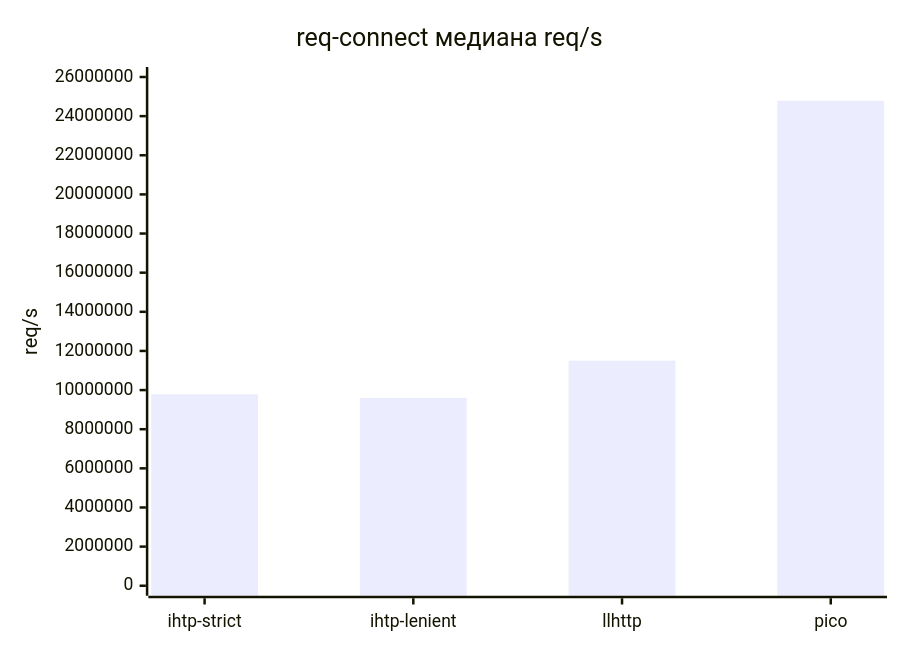
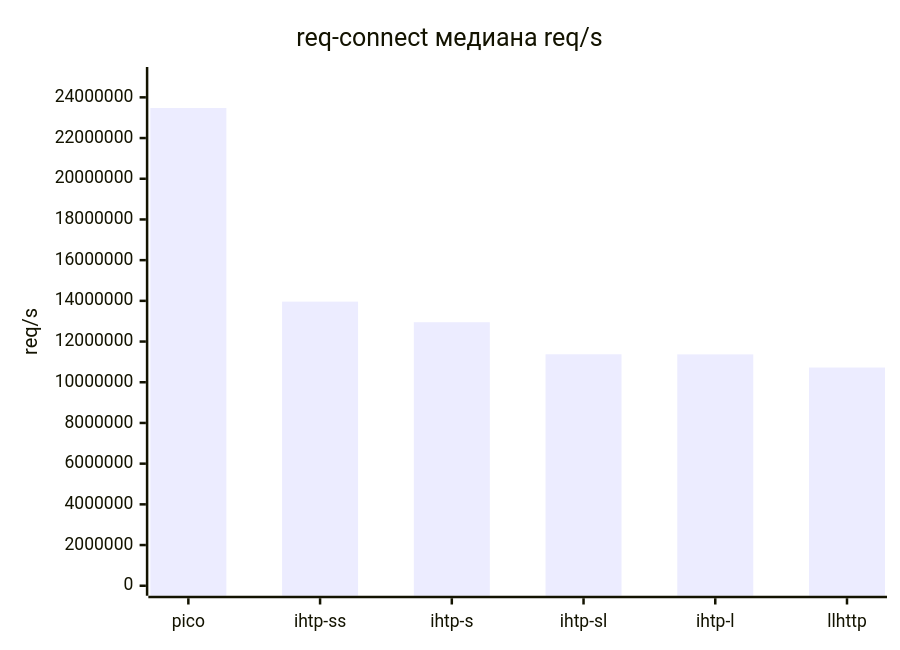
Before and after one commit to ioplane/iohttpparser: the sixth of 6 diagrams in docs/ru/09-test-results.md, drawn with Mermaid. The commit also changed other lines of this file and 24 other files, not shown here.

````diff
--- a/docs/ru/09-test-results.md
+++ b/docs/ru/09-test-results.md
@@ -216,7 +216,7 @@
 ```mermaid
 xychart-beta
     title "req-connect медиана req/s"
-    x-axis ["ihtp-strict", "ihtp-lenient", "llhttp", "pico"]
-    y-axis "req/s" 0 --> 26000000
-    bar [9788064.90, 9600916.77, 11501856.00, 24784351.36]
+    x-axis ["pico", "ihtp-ss", "ihtp-s", "ihtp-sl", "ihtp-l", "llhttp"]
+    y-axis "req/s" 0 --> 25000000
+    bar [23477372.10, 13961958.41, 12950026.37, 11375010.08, 11370703.00, 10724707.64]
 ```
````
